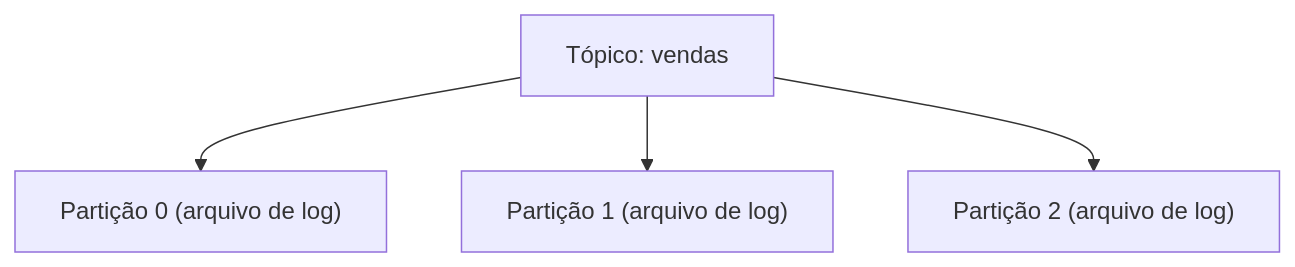
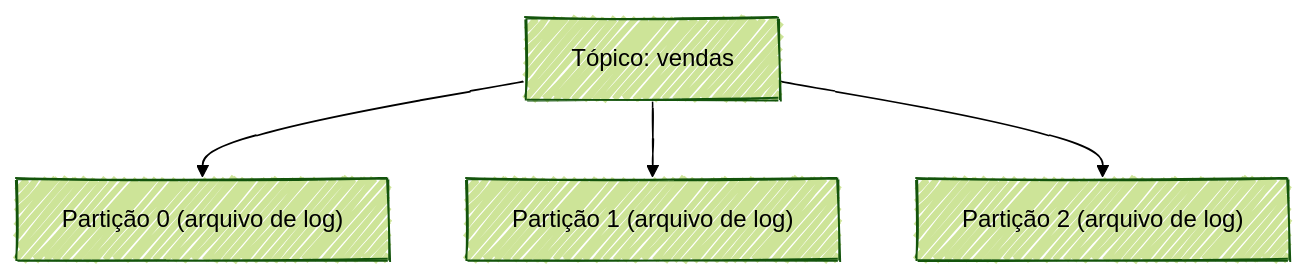
Before and after one commit to hugogiacomini/kafka: the sixth of 7 diagrams in specialization-apache-kafka/03-fundamentals-apache-kafka-02.md, drawn with Mermaid. The commit also changed other lines of this file and 9 other files, not shown here.

Commit message:
Update mermaid diagrams configs

````diff
--- a/specialization-apache-kafka/03-fundamentals-apache-kafka-02.md
+++ b/specialization-apache-kafka/03-fundamentals-apache-kafka-02.md
@@ -214,7 +239,12 @@
 ```mermaid
+---
+config:
+  theme: forest
+  look: handDrawn
+---
 flowchart TB
     Tópico1["Tópico: vendas"]
     Tópico1 --> P0["Partição 0 (arquivo de log)"]
     Tópico1 --> P1["Partição 1 (arquivo de log)"]
     Tópico1 --> P2["Partição 2 (arquivo de log)"]
 ```
````
